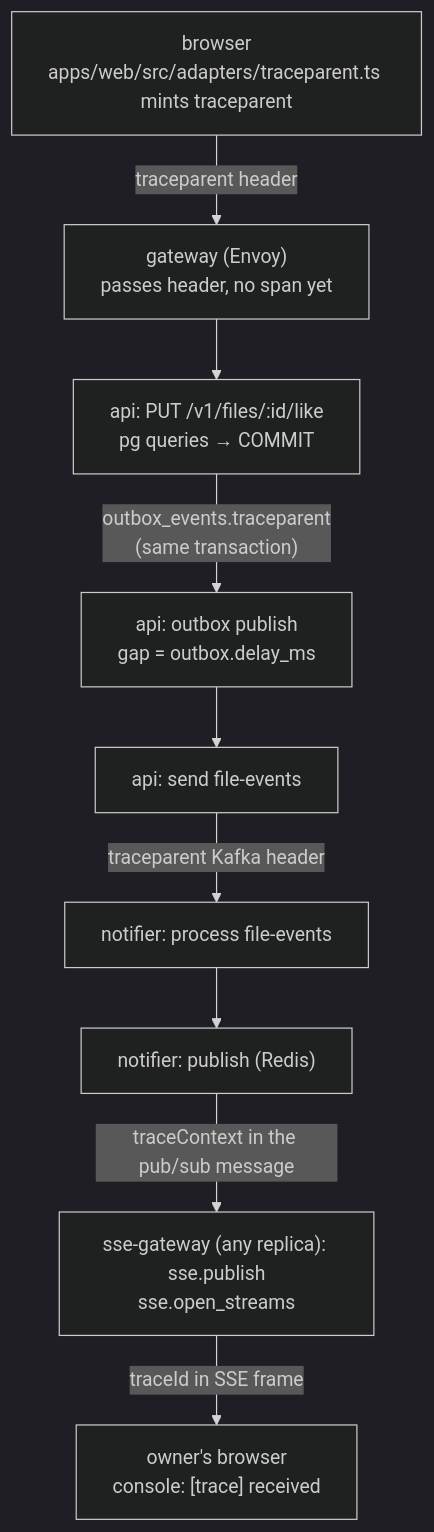
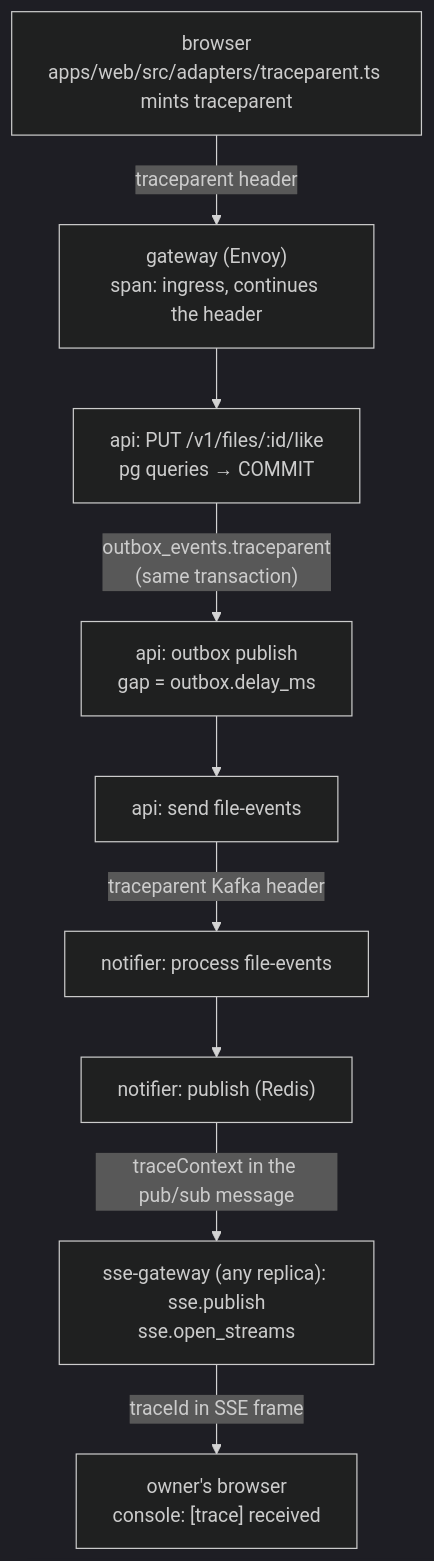
Before and after one commit to taraskhvyl/distributed-systems: the fourth of 4 diagrams in docs/ARCHITECTURE.md, drawn with Mermaid (dark theme). The commit also changed other lines of this file and 8 other files, not shown here.

First line of the commit message:
feat(gateway): Envoy emits its own spans and propagates traceparent upstream

````diff
--- a/docs/ARCHITECTURE.md
+++ b/docs/ARCHITECTURE.md
@@ -221,11 +224,11 @@
 ```mermaid
 flowchart TD
-  B["browser<br/>apps/web/src/adapters/traceparent.ts mints traceparent"] -- "traceparent header" --> G["gateway (Envoy)<br/>passes header, no span yet"]
+  B["browser<br/>apps/web/src/adapters/traceparent.ts mints traceparent"] -- "traceparent header" --> G["gateway (Envoy)<br/>span: ingress, continues the header"]
   G --> R["api: PUT /v1/files/:id/like<br/>pg queries → COMMIT"]
   R -- "outbox_events.traceparent<br/>(same transaction)" --> O["api: outbox publish<br/>gap = outbox.delay_ms"]
   O --> K["api: send file-events"]
   K -- "traceparent Kafka header" --> N["notifier: process file-events"]
   N --> P["notifier: publish (Redis)"]
   P -- "traceContext in the pub/sub message" --> S["sse-gateway (any replica): sse.publish<br/>sse.open_streams"]
   S -- "traceId in SSE frame" --> BO["owner's browser<br/>console: [trace] received"]
 ```
````
